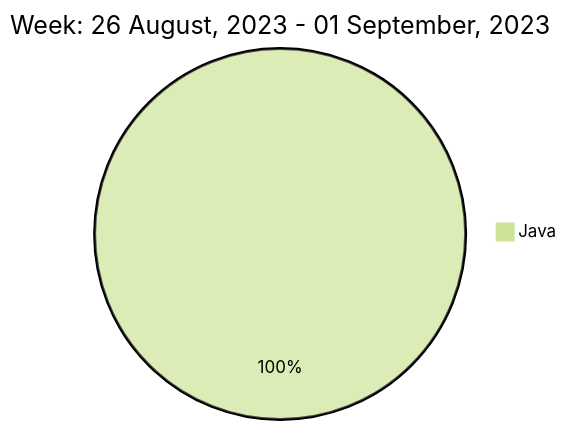
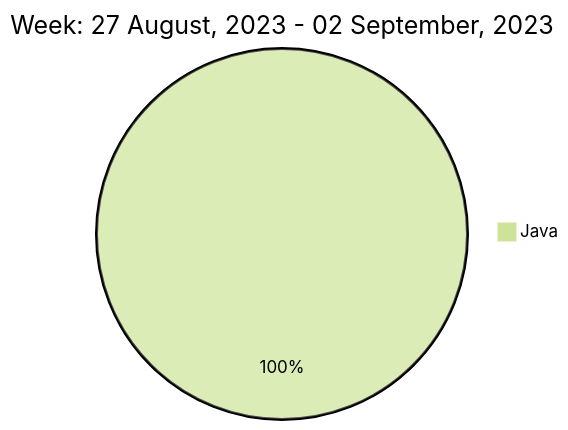
Before and after one commit to liubin95/liubin95: the diagram in README.md, drawn with Mermaid (forest theme).

Commit message:
Updated the Graph with new Metrics

````diff
--- a/README.md
+++ b/README.md
@@ -40,5 +40,5 @@
 ```mermaid
  pie
-title Week: 26 August, 2023 - 01 September, 2023
+title Week: 27 August, 2023 - 02 September, 2023
  "Java" : 5.8
 ```
````
